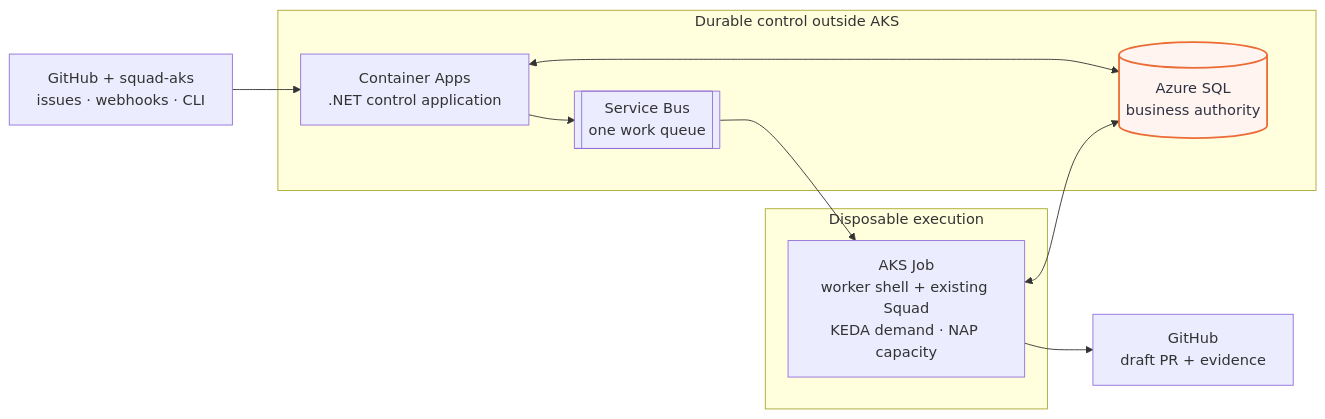
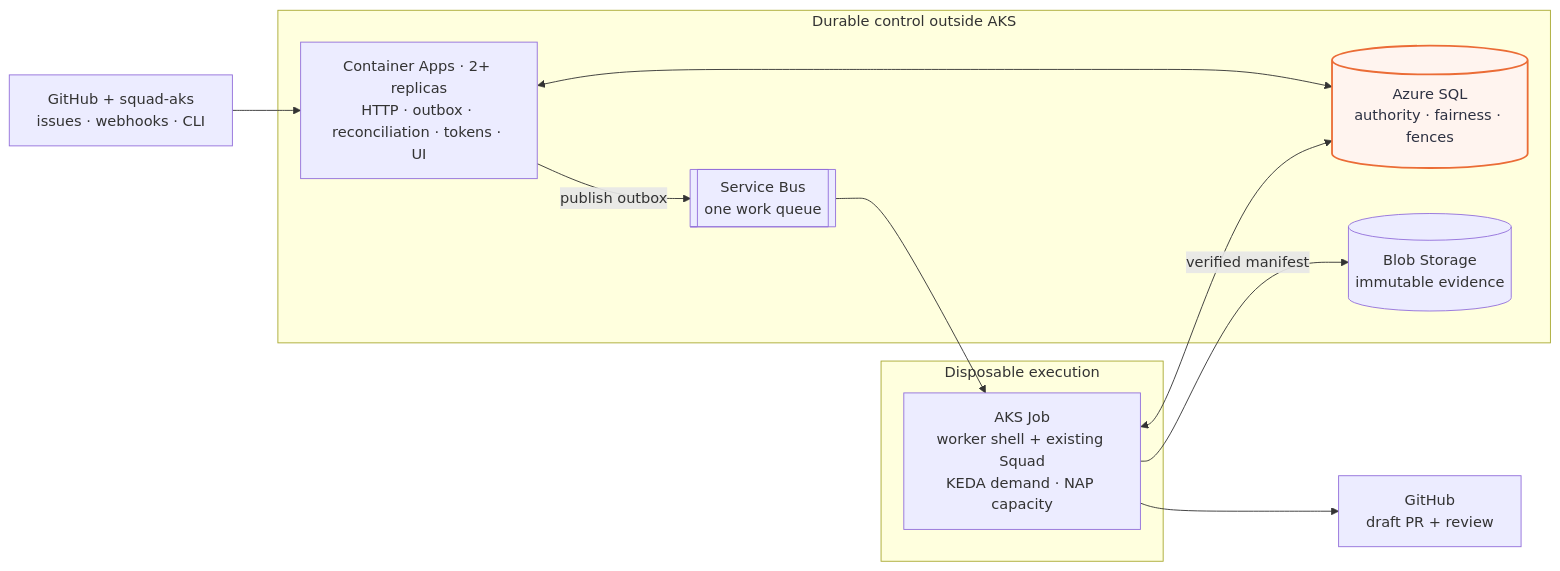
Before and after one commit to bradygaster/squad-on-aks: the first of 2 diagrams in README.md, drawn with Mermaid. The commit also changed other lines of this file, not shown here.

````diff
--- a/README.md
+++ b/README.md
@@ -359,23 +380,25 @@
 ```mermaid
 flowchart LR
     REQUESTS["GitHub + squad-aks<br/>issues · webhooks · CLI"] --> CONTROL
 
     subgraph Durable["Durable control outside AKS"]
-        CONTROL["Container Apps<br/>.NET control application"]
-        SQL[("Azure SQL<br/>business authority")]
+        CONTROL["Container Apps · 2+ replicas<br/>HTTP · outbox · reconciliation · tokens · UI"]
+        SQL[("Azure SQL<br/>authority · fairness · fences")]
         SB[["Service Bus<br/>one work queue"]]
+        BLOB[("Blob Storage<br/>immutable evidence")]
     end
 
     subgraph Execution["Disposable execution"]
         JOB["AKS Job<br/>worker shell + existing Squad<br/>KEDA demand · NAP capacity"]
     end
 
-    CONTROL --> SB
+    CONTROL -->|"publish outbox"| SB
     SB --> JOB
     CONTROL <--> SQL
     JOB <--> SQL
-    JOB --> OUTPUT["GitHub<br/>draft PR + evidence"]
+    JOB -->|"verified manifest"| BLOB
+    JOB --> OUTPUT["GitHub<br/>draft PR + review"]
 
     classDef authority fill:#fff4ef,stroke:#eb6c36,color:#2d3142,stroke-width:2px
     class SQL authority
 ```
````
